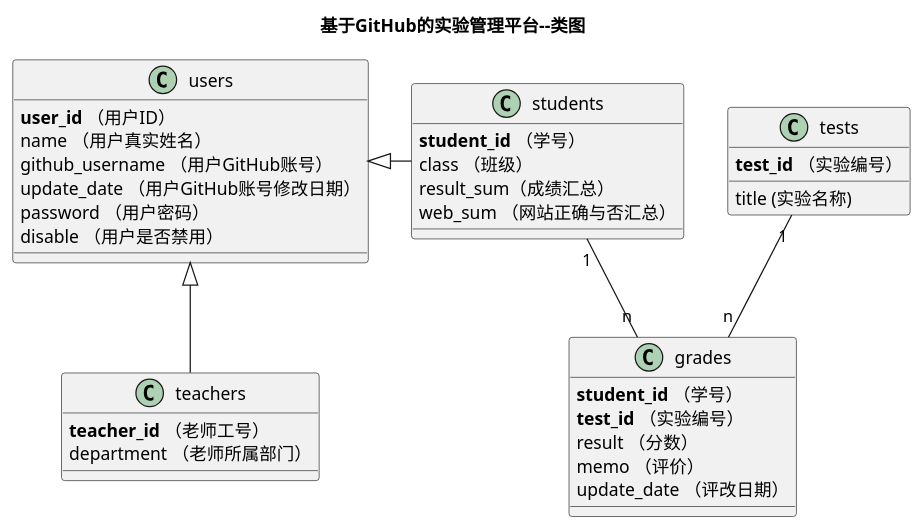
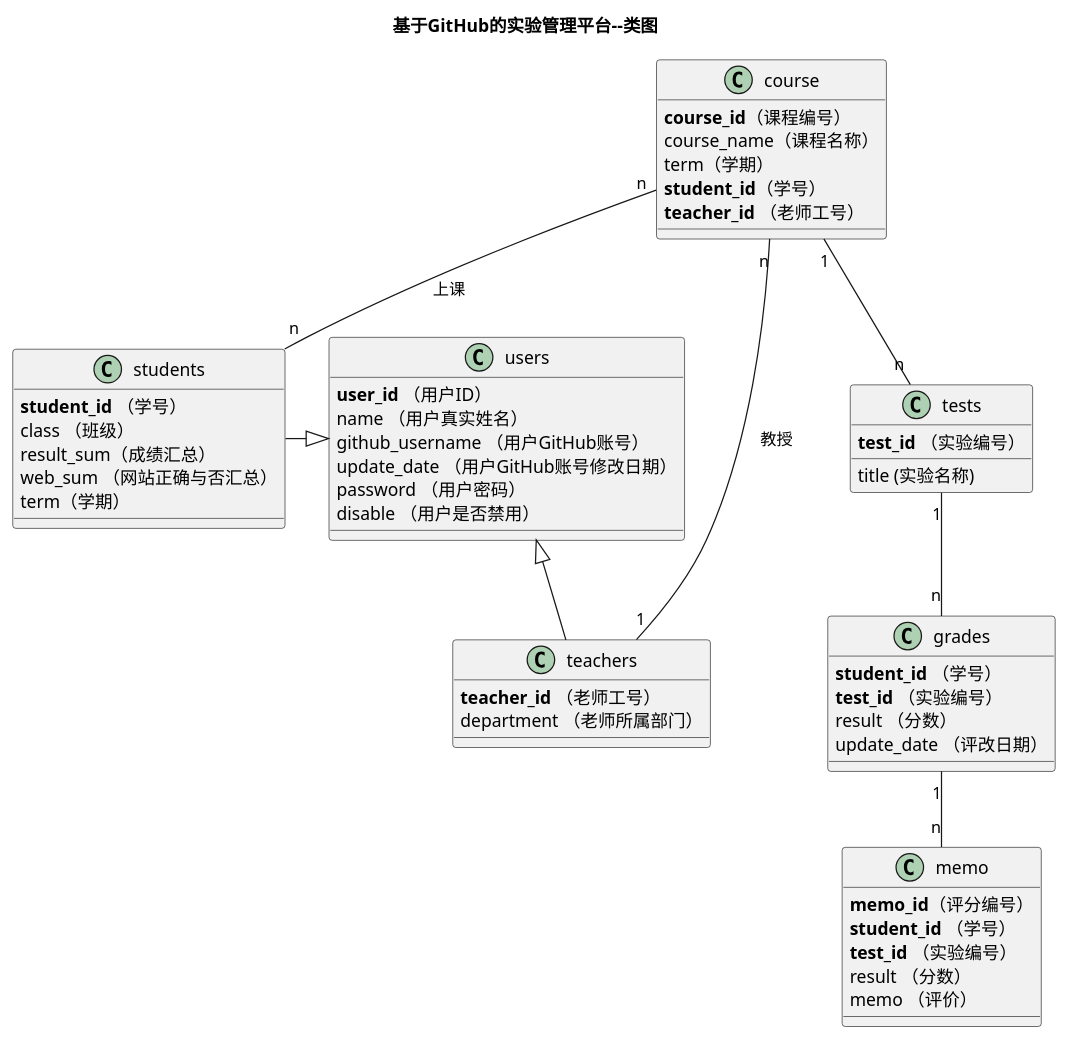
The diagram in test6/src/class.puml (mxbox2/is_analysis), drawn with PlantUML before and after one commit. The commit also changed 2 other files, not shown here.

```diff
--- a/test6/src/class.puml
+++ b/test6/src/class.puml
@@ -1,40 +1,55 @@
 @startuml
 title 基于GitHub的实验管理平台--类图
 class users {
     <b>user_id</b> （用户ID）
     name （用户真实姓名）
     github_username （用户GitHub账号）
     update_date （用户GitHub账号修改日期）
     password （用户密码）
     disable （用户是否禁用）
 }
 class teachers{
     <b>teacher_id</b> （老师工号）
     department （老师所属部门）
 }
 class students{
     <b>student_id</b> （学号）
     class （班级）
     result_sum（成绩汇总）
     web_sum （网站正确与否汇总）
+    term（学期）
 }
-users <|- students
+students-|>users
 users <|-- teachers
 class grades {
     <b>student_id</b> （学号）
     <b>test_id</b> （实验编号）
     result （分数）
-    memo （评价）
     update_date （评改日期）
 }
 
 class tests {
     <b>test_id</b> （实验编号）
     title (实验名称)
 }
-
-students "1" -- "n"  grades
+class course{
+    <b>course_id</b>（课程编号）
+    course_name（课程名称）
+    term（学期）
+    <b>student_id</b>（学号）
+   <b>teacher_id</b> （老师工号）
+}
+class memo{
+    <b>memo_id</b>（评分编号）
+    <b>student_id</b> （学号）
+    <b>test_id</b> （实验编号）
+    result （分数）
+    memo （评价）
+}
+grades"1"--"n"memo
+course "1" -- "n"  tests
 tests "1" -- "n"  grades
-
+course "n"--"n" students:上课
+course "n"--"1"teachers:教授
 
 @enduml
```
